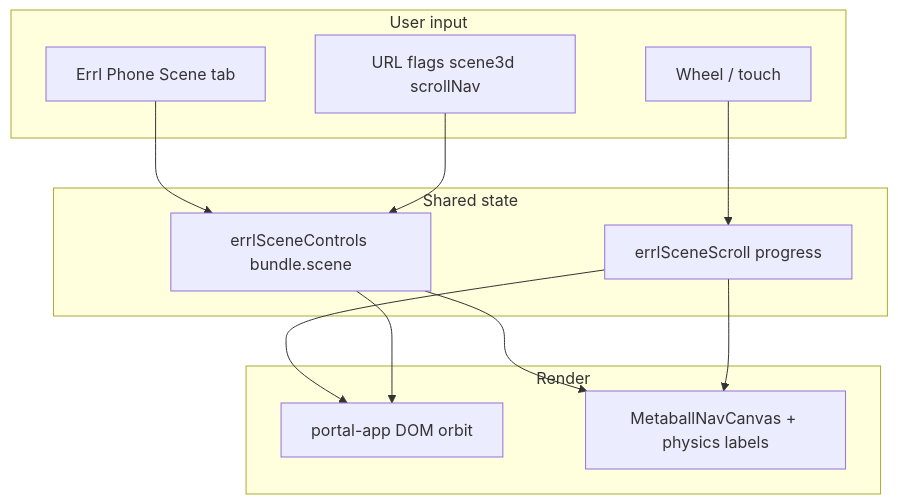
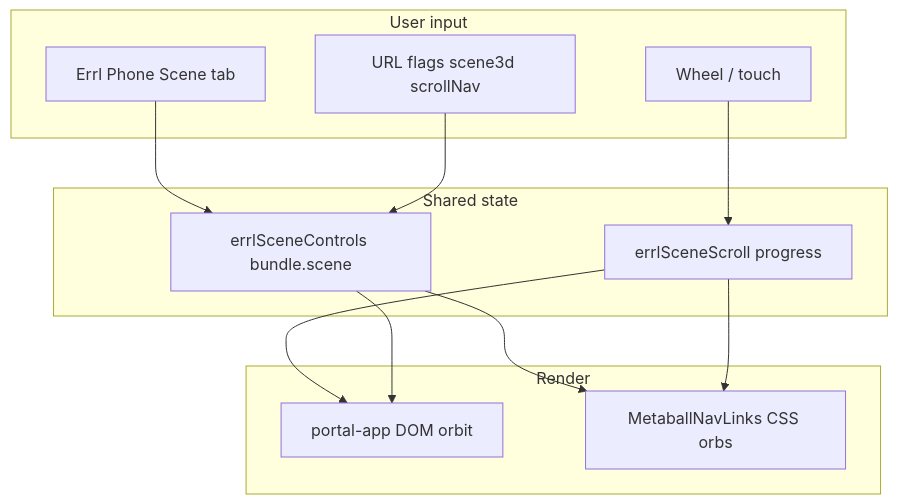
Before and after one commit to Extrepa/errl-portal: the diagram in docs/cinematic-scene-master-plan.md, drawn with Mermaid. The commit also changed other lines of this file and 25 other files, not shown here.

````diff
--- a/docs/cinematic-scene-master-plan.md
+++ b/docs/cinematic-scene-master-plan.md
@@ -241,26 +243,26 @@
 ```mermaid
 flowchart TB
   subgraph inputs [User input]
     Wheel[Wheel / touch]
     Phone[Errl Phone Scene tab]
     URL[URL flags scene3d scrollNav]
   end
 
   subgraph bus [Shared state]
     SC[errlSceneControls bundle.scene]
     SS[errlSceneScroll progress]
   end
 
   subgraph render [Render]
     DOM[portal-app DOM orbit]
-    R3F[MetaballNavCanvas + physics labels]
+    MB[MetaballNavLinks CSS orbs]
   end
 
   Phone --> SC
   URL --> SC
   Wheel --> SS
-  SC --> R3F
+  SC --> MB
   SS --> DOM
-  SS --> R3F
+  SS --> MB
   SC --> DOM
 ```
````
